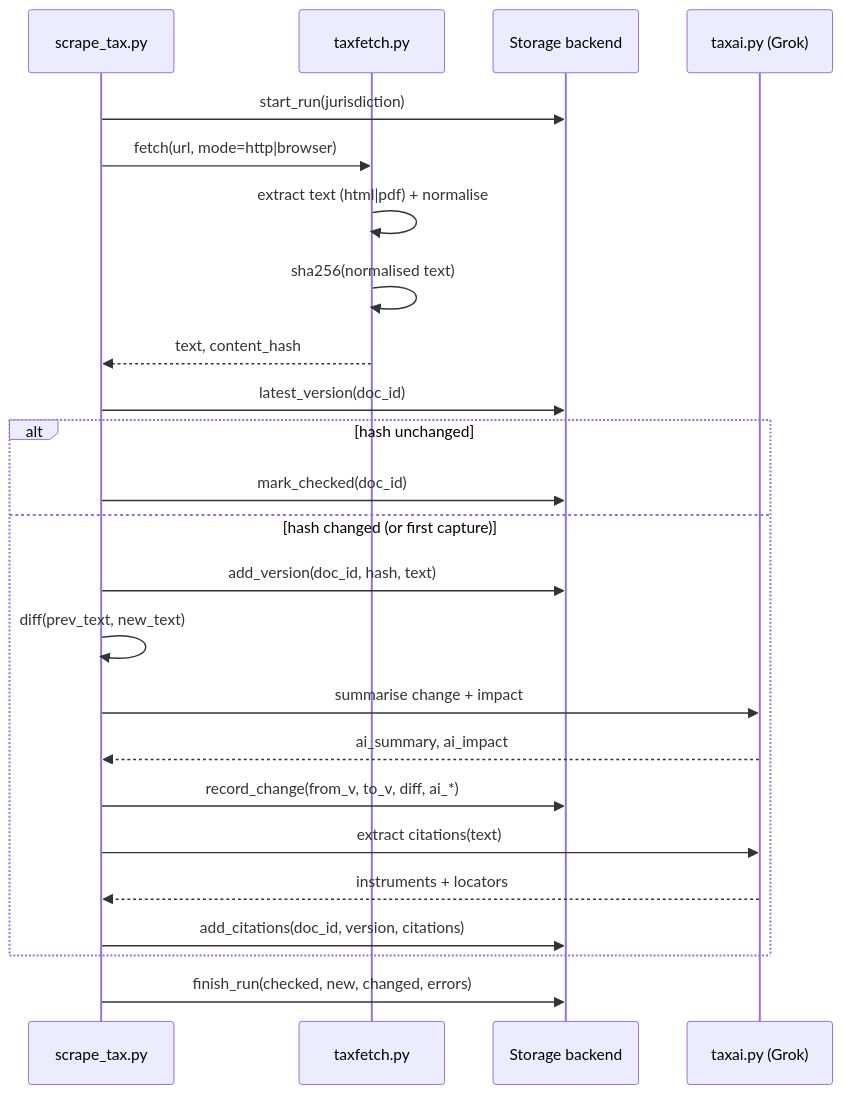
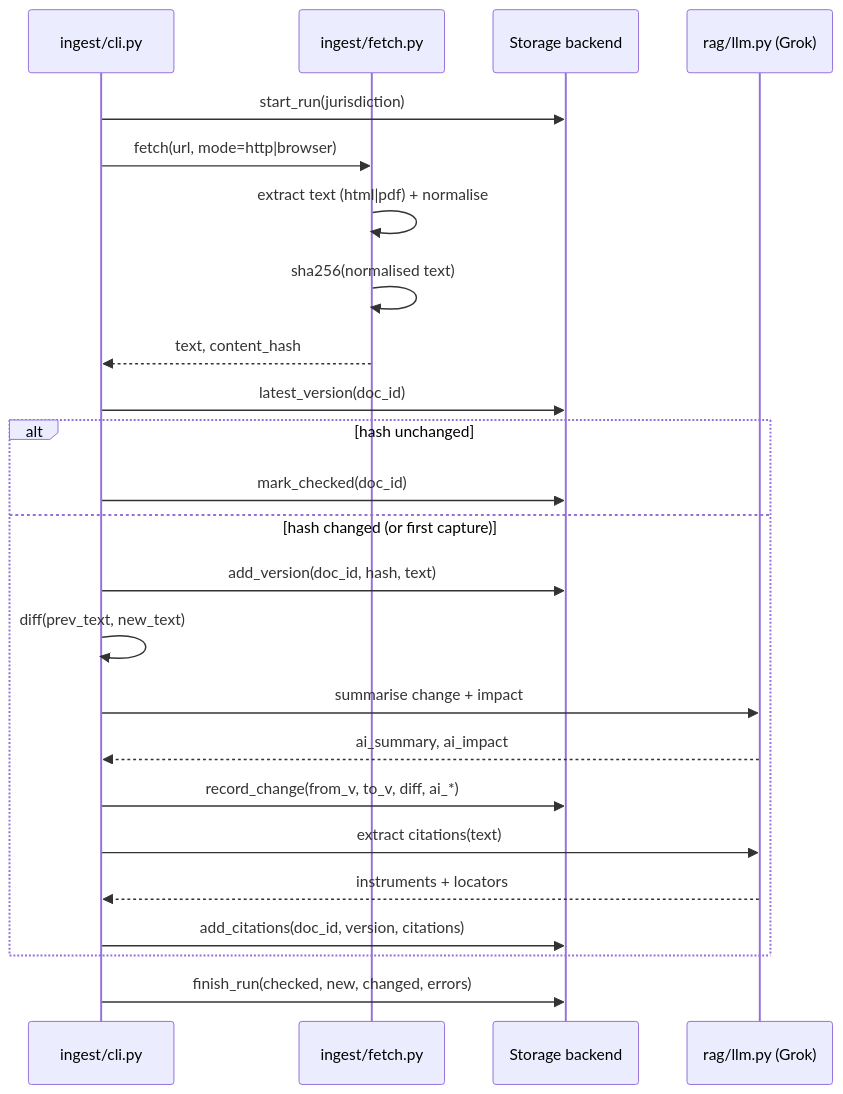
The second of 5 diagrams in docs/architecture_readme.md (predictivelabsai/FastFund), drawn with Mermaid before and after one commit. The commit also changed other lines of this file and 3 other files, not shown here.

First line of the commit message:
Add admin forms-refresh route; refresh architecture doc + PDF

````diff
--- a/docs/architecture_readme.md
+++ b/docs/architecture_readme.md
@@ -116,27 +169,27 @@
 ```mermaid
 sequenceDiagram
-    participant CLI as scrape_tax.py
-    participant F as taxfetch.py
+    participant CLI as ingest/cli.py
+    participant F as ingest/fetch.py
     participant S as Storage backend
-    participant AI as taxai.py (Grok)
+    participant AI as rag/llm.py (Grok)
 
     CLI->>S: start_run(jurisdiction)
     CLI->>F: fetch(url, mode=http|browser)
     F->>F: extract text (html|pdf) + normalise
     F->>F: sha256(normalised text)
     F-->>CLI: text, content_hash
     CLI->>S: latest_version(doc_id)
     alt hash unchanged
         CLI->>S: mark_checked(doc_id)
     else hash changed (or first capture)
         CLI->>S: add_version(doc_id, hash, text)
         CLI->>CLI: diff(prev_text, new_text)
         CLI->>AI: summarise change + impact
         AI-->>CLI: ai_summary, ai_impact
         CLI->>S: record_change(from_v, to_v, diff, ai_*)
         CLI->>AI: extract citations(text)
         AI-->>CLI: instruments + locators
         CLI->>S: add_citations(doc_id, version, citations)
     end
     CLI->>S: finish_run(checked, new, changed, errors)
 ```
````
